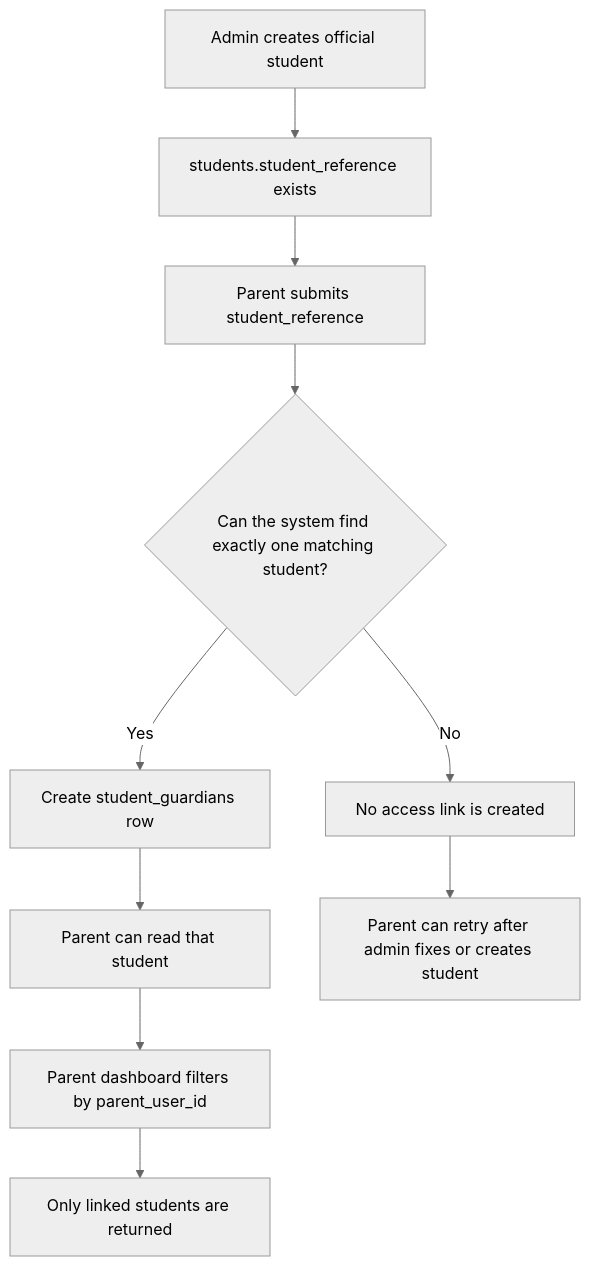
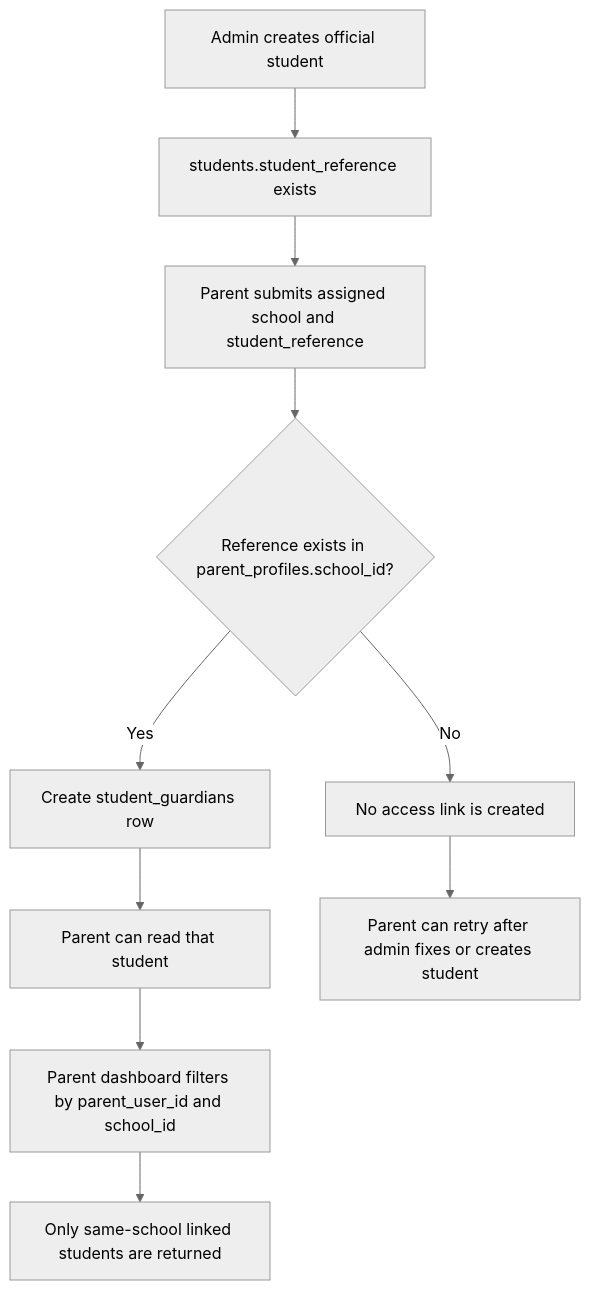
One commit to Xeyn19/xmetapay changed diagram 14 of 23 in docs/PROJECT_FLOWCHARTS.md. Above: the diagram before and after it, drawn with Mermaid (neutral theme). The commit also changed other lines of this file and 34 other files, not shown here.

Commit message:
feat(parent): enforce single-school parent scope

````diff
--- a/docs/PROJECT_FLOWCHARTS.md
+++ b/docs/PROJECT_FLOWCHARTS.md
@@ -491,12 +495,12 @@
 ```mermaid
 flowchart TD
   A["Admin creates official student"] --> B["students.student_reference exists"]
-  B --> C["Parent submits student_reference"]
-  C --> D{"Can the system find exactly one matching student?"}
+  B --> C["Parent submits assigned school and student_reference"]
+  C --> D{"Reference exists in parent_profiles.school_id?"}
   D -->|No| E["No access link is created"]
   D -->|Yes| F["Create student_guardians row"]
   F --> G["Parent can read that student"]
-  G --> H["Parent dashboard filters by parent_user_id"]
-  H --> I["Only linked students are returned"]
+  G --> H["Parent dashboard filters by parent_user_id and school_id"]
+  H --> I["Only same-school linked students are returned"]
   E --> J["Parent can retry after admin fixes or creates student"]
 ```
````
